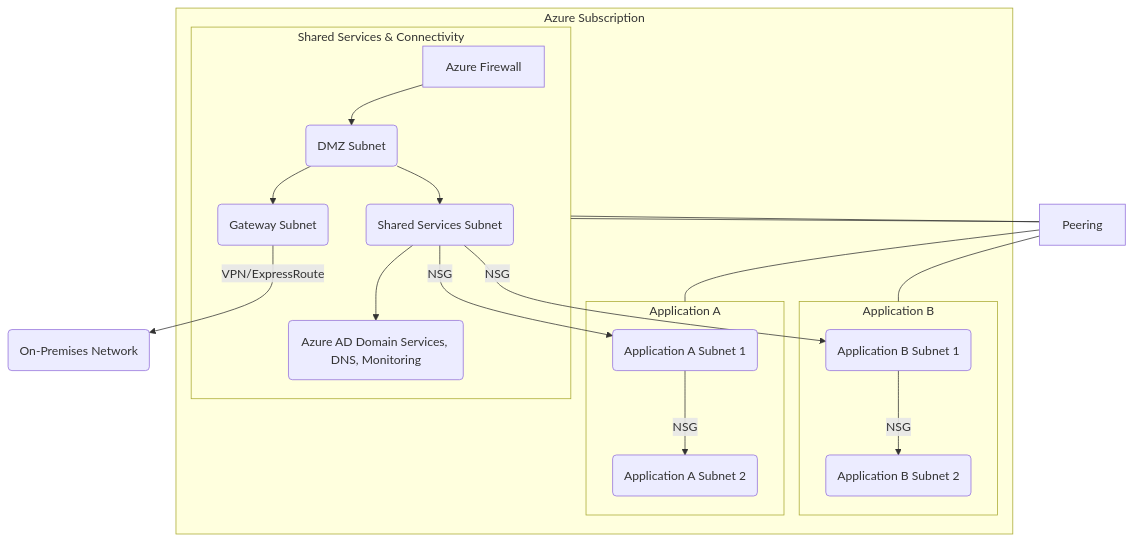
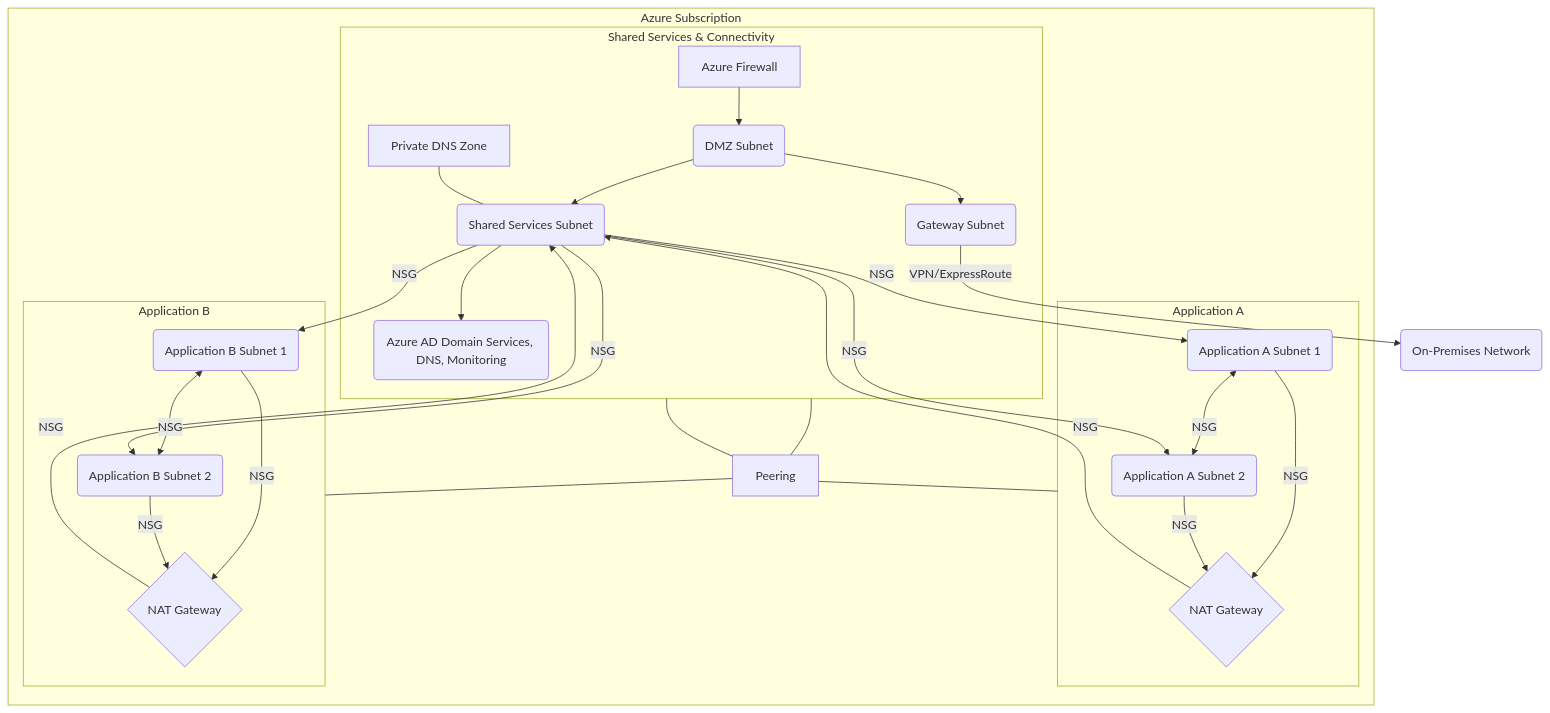
The diagram in README.md (olions/olions-public), drawn with Mermaid before and after one commit.

````diff
--- a/README.md
+++ b/README.md
@@ -4,31 +4,46 @@
 ```mermaid
 graph TD
     subgraph Azure Subscription
         subgraph Hub ["Shared Services & Connectivity"]
             A[Azure Firewall] --> B(DMZ Subnet)
             B --> C(Gateway Subnet)
-            
             B --> E(Shared Services Subnet)
             E --> F(Azure AD Domain Services, DNS, Monitoring)
+            L[Private DNS Zone] --- E
         end
 
         subgraph Spoke1 ["Application A"]
+            K1{NAT Gateway}
             G(Application A Subnet 1)
             H(Application A Subnet 2)
+            G -- NSG --> K1
+            H -- NSG --> K1
+            G <-- NSG --> H
         end
 
         subgraph Spoke2 ["Application B"]
+            K2{NAT Gateway}
             I(Application B Subnet 1)
             J(Application B Subnet 2)
+            I -- NSG --> K2
+            J -- NSG --> K2
+            I <-- NSG --> J
         end
+        
+        Hub --- Peering --- Spoke1
+        Hub --- Peering --- Spoke2
     end
 
-    Hub --- Peering --- Spoke1
-    Hub --- Peering --- Spoke2
+    
     C -- VPN/ExpressRoute --> D(On-Premises Network)
 
-    G -- NSG --> H
-    I -- NSG --> J
+    K1 -- NSG --> E
     E -- NSG --> G
+    E -- NSG --> H
+
+    K2 -- NSG --> E
     E -- NSG --> I
+    E -- NSG --> J
+    
+
 ```
````
